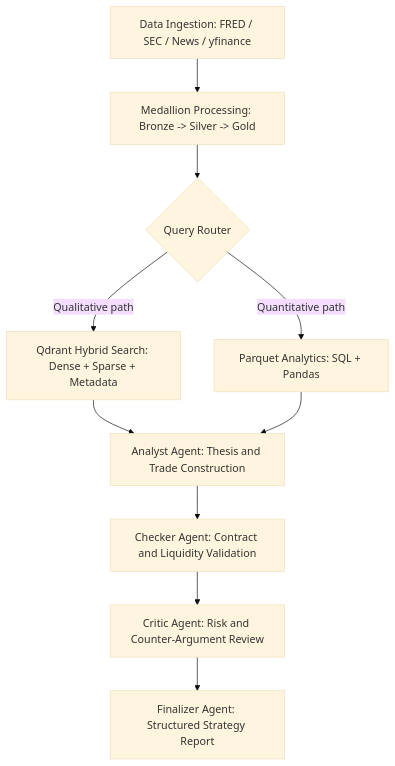
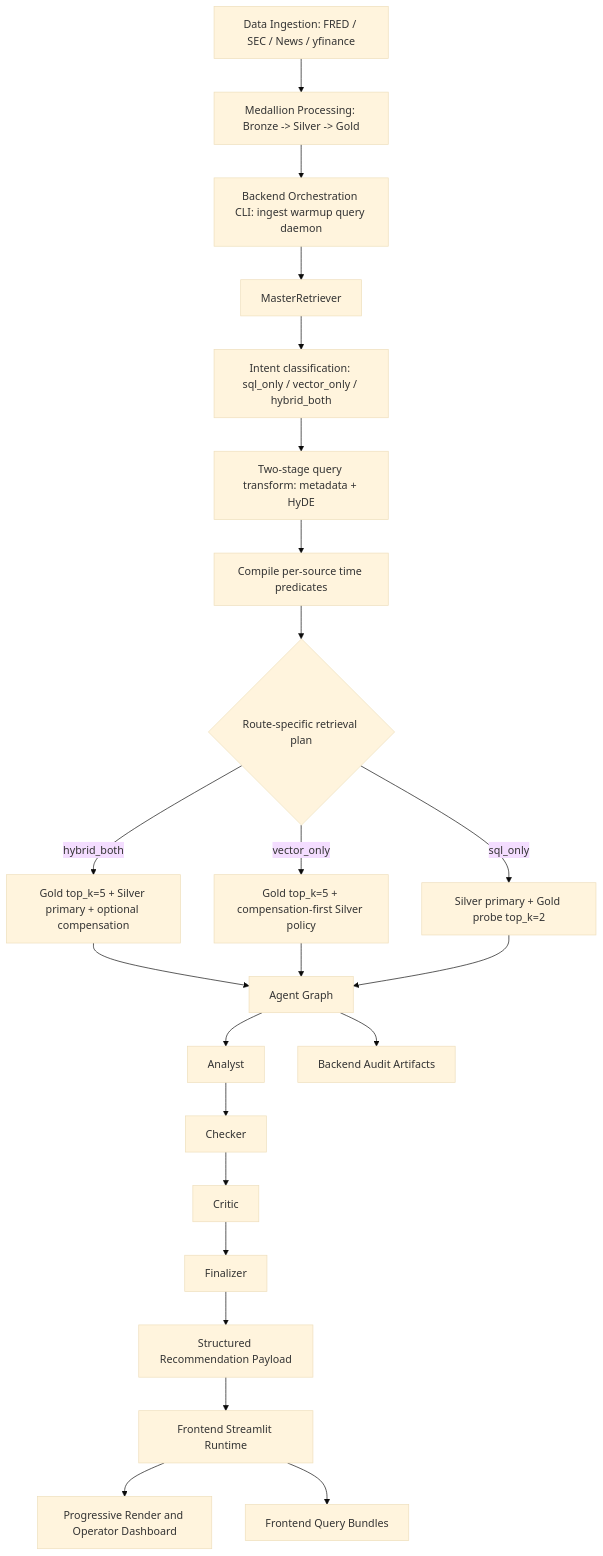
Before and after one commit to maxineyu521/AutoOption-Financial-Intelligence-Workspace: the first of 2 diagrams in README.md, drawn with Mermaid (base theme). The commit also changed other lines of this file, not shown here.

````diff
--- a/README.md
+++ b/README.md
@@ -23,12 +20,25 @@
 ```mermaid
 flowchart TD
     A[Data Ingestion: FRED / SEC / News / yfinance] --> B[Medallion Processing: Bronze -> Silver -> Gold]
-    B --> C{Query Router}
-    C -->|Qualitative path| D[Qdrant Hybrid Search: Dense + Sparse + Metadata]
-    C -->|Quantitative path| E[Parquet Analytics: SQL + Pandas]
-    D --> F[Analyst Agent: Thesis and Trade Construction]
-    E --> F
-    F --> G[Checker Agent: Contract and Liquidity Validation]
-    G --> H[Critic Agent: Risk and Counter-Argument Review]
-    H --> I[Finalizer Agent: Structured Strategy Report]
+    B --> C[Backend Orchestration CLI: ingest warmup query daemon]
+    C --> D[MasterRetriever]
+    D --> D0[Intent classification: sql_only / vector_only / hybrid_both]
+    D0 --> Dm[Two-stage query transform: metadata + HyDE]
+    Dm --> Dt[Compile per-source time predicates]
+    Dt --> Dr{Route-specific retrieval plan}
+    Dr -->|hybrid_both| D1[Gold top_k=5 + Silver primary + optional compensation]
+    Dr -->|vector_only| D2[Gold top_k=5 + compensation-first Silver policy]
+    Dr -->|sql_only| D3[Silver primary + Gold probe top_k=2]
+    D1 --> E[Agent Graph]
+    D2 --> E
+    D3 --> E
+    E --> E1[Analyst]
+    E1 --> E2[Checker]
+    E2 --> E3[Critic]
+    E3 --> E4[Finalizer]
+    E4 --> F[Structured Recommendation Payload]
+    F --> G[Frontend Streamlit Runtime]
+    G --> H[Progressive Render and Operator Dashboard]
+    E --> I[Backend Audit Artifacts]
+    G --> J[Frontend Query Bundles]
 ```
````
